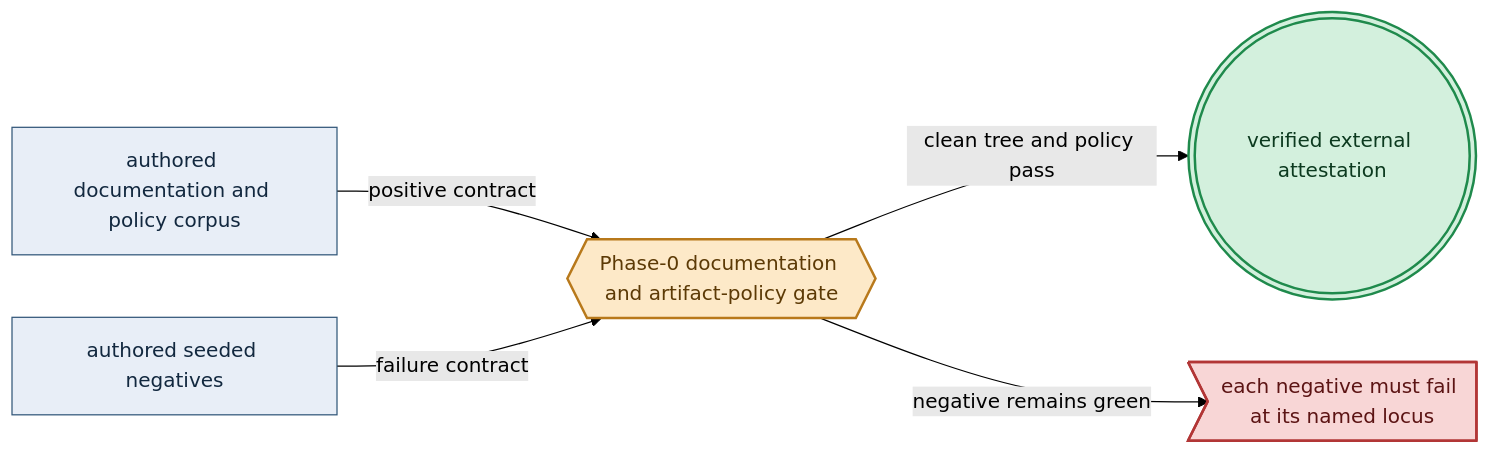
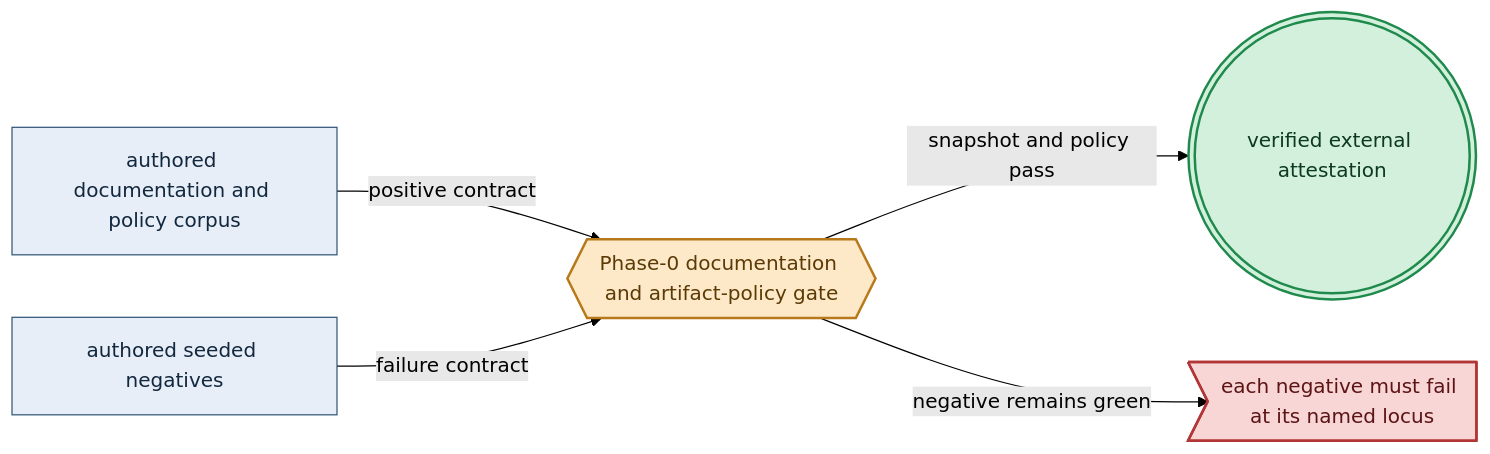
Before and after one commit to Tuee22/amoebius: the first of 2 diagrams in DEVELOPMENT_PLAN/phase_00_documentation_suite.md, drawn with Mermaid (forest theme). The commit also changed other lines of this file and 597 other files, not shown here.

````diff
--- a/DEVELOPMENT_PLAN/phase_00_documentation_suite.md
+++ b/DEVELOPMENT_PLAN/phase_00_documentation_suite.md
@@ -133,17 +146,17 @@
 ```mermaid
 flowchart LR
   %% register: algebra
   src["authored documentation and policy corpus"]:::intent
   neg["authored seeded negatives"]:::intent
   gate{{"Phase-0 documentation and artifact-policy gate"}}:::gate
   ext((("verified external attestation"))):::seal
   red>"each negative must fail at its named locus"]:::refuse
   src -->|"positive contract"| gate
   neg -->|"failure contract"| gate
-  gate -->|"clean tree and policy pass"| ext
+  gate -->|"snapshot and policy pass"| ext
   gate -->|"negative remains green"| red
   classDef intent   fill:#e8eef7,stroke:#33587a,color:#12283f,stroke-width:1px
   classDef gate     fill:#fde9c8,stroke:#b8791b,color:#5c3a06,stroke-width:2px
   classDef seal     fill:#d3f0dd,stroke:#1f8a4c,color:#0c3a1f,stroke-width:2px
   classDef refuse   fill:#f8d6d6,stroke:#b23636,color:#5c1414,stroke-width:2px
 ```
````
